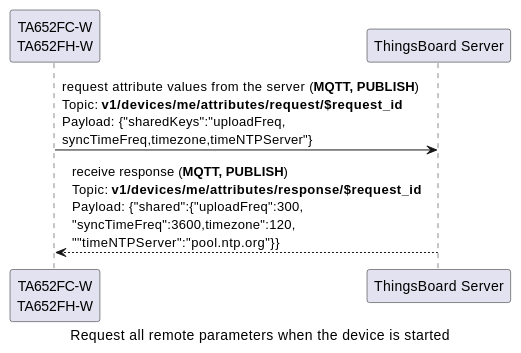
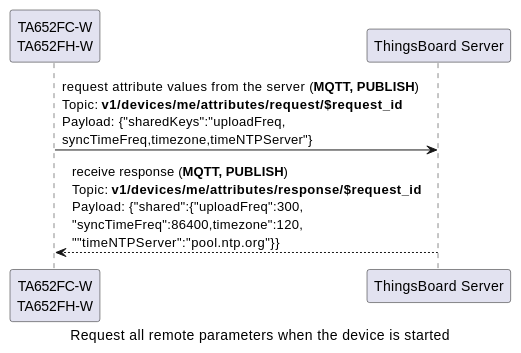
One commit to avantec-iot/avantec-thingsboard changed diagram 11 of 17 in docs/device/ta652fc-w/ta652fc-w-mqtt-api.rst. Above: the diagram before and after it, drawn with PlantUML. The commit also changed other lines of this file and 1 other file, not shown here.

Commit message:
syncTimeFreq, a shared attributes, deault value is 86400 (24*3600) seconds

```diff
--- a/docs/device/ta652fc-w/ta652fc-w-mqtt-api.rst
+++ b/docs/device/ta652fc-w/ta652fc-w-mqtt-api.rst
@@ -762,10 +762,10 @@
   .. uml::
 
     caption  Request all remote parameters when the device is started
 
     participant "TA652FC-W\nTA652FH-W" as TBDev order 10
     participant "ThingsBoard Server"  as TBSrv order 20 
 
     TBDev  ->  TBSrv: request attribute values from the server (**MQTT, PUBLISH**) \nTopic: **v1/devices/me/attributes/request/$request_id** \nPayload: {"sharedKeys":"uploadFreq,\nsyncTimeFreq,timezone,timeNTPServer"}
     
-    TBDev <--  TBSrv: receive response (**MQTT, PUBLISH**) \nTopic: **v1/devices/me/attributes/response/$request_id** \nPayload: {"shared":{"uploadFreq":300,\n"syncTimeFreq":3600,timezone":120,\n""timeNTPServer":"pool.ntp.org"}}
+    TBDev <--  TBSrv: receive response (**MQTT, PUBLISH**) \nTopic: **v1/devices/me/attributes/response/$request_id** \nPayload: {"shared":{"uploadFreq":300,\n"syncTimeFreq":86400,timezone":120,\n""timeNTPServer":"pool.ntp.org"}}
```
